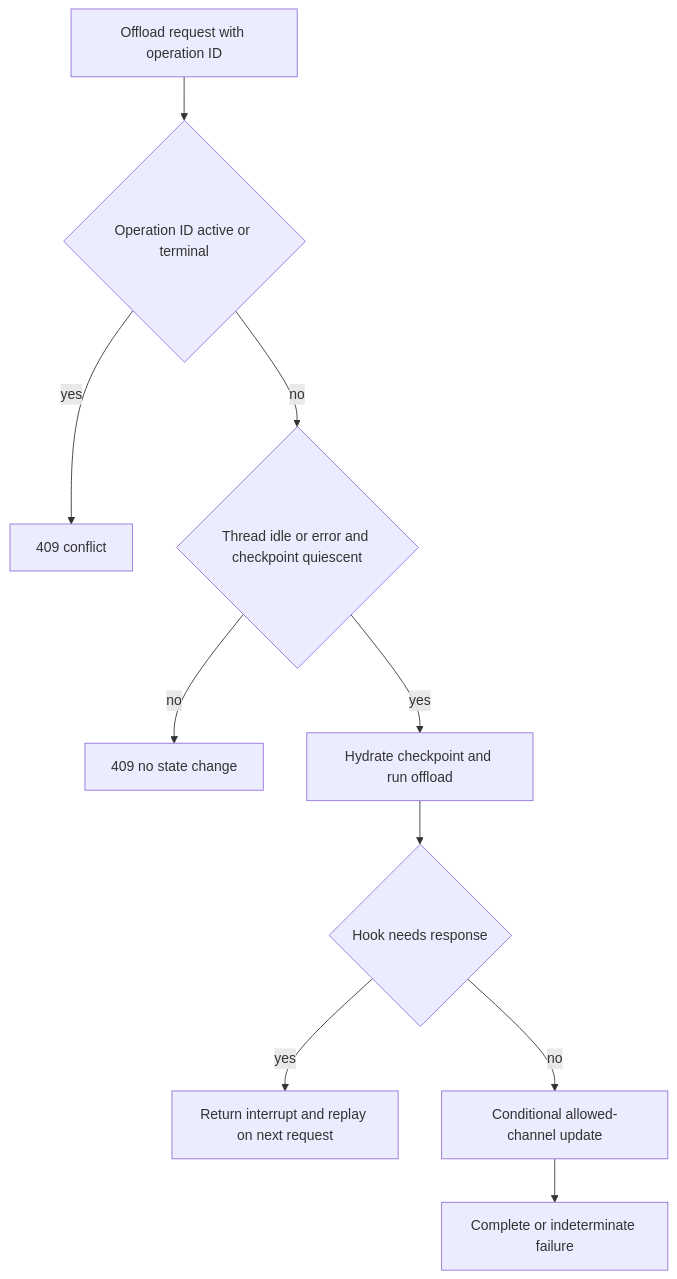
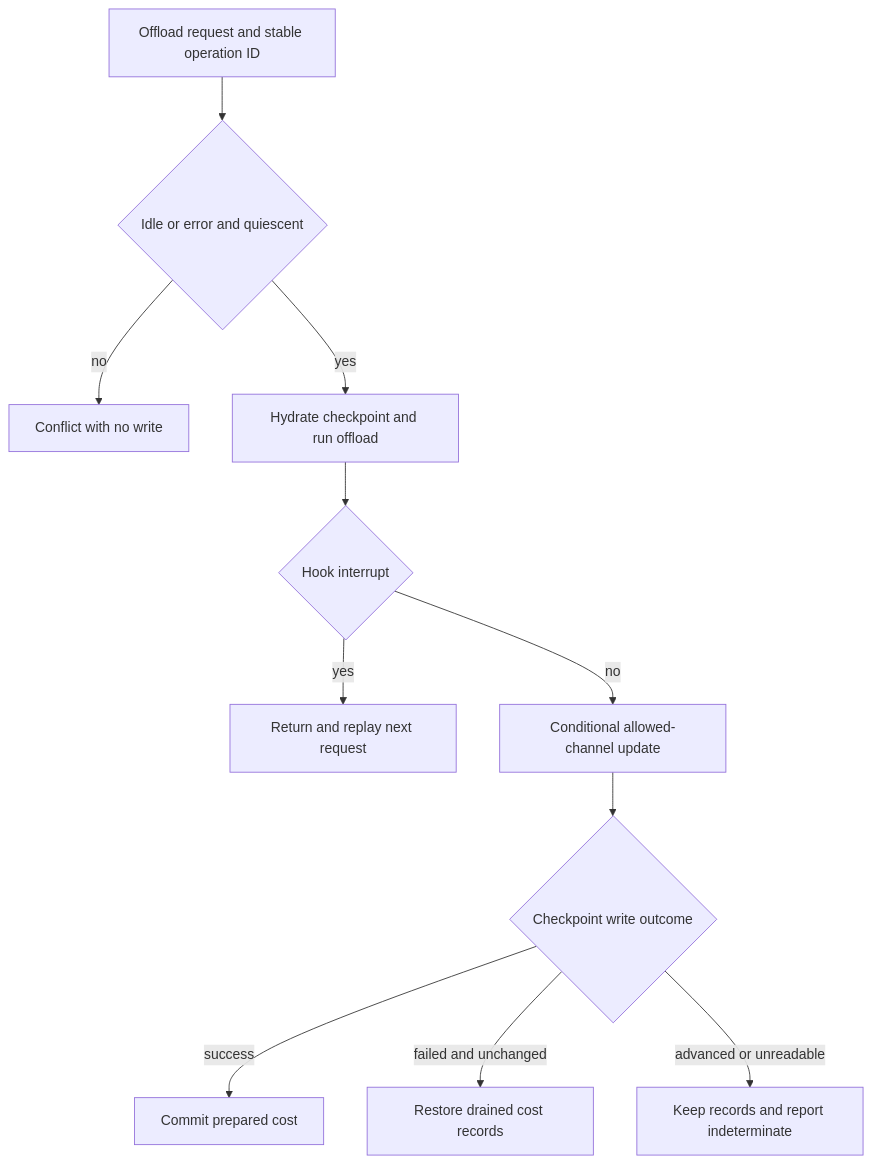
The second of 3 diagrams in openwiki/architecture/runtime-behavior.md (langchain-ai/deepagents), drawn with Mermaid before and after one commit. The commit also changed other lines of this file and 46 other files, not shown here.

````diff
--- a/openwiki/architecture/runtime-behavior.md
+++ b/openwiki/architecture/runtime-behavior.md
@@ -92,12 +95,13 @@
 ```mermaid
 flowchart TD
-    Request["Offload request with operation ID"] --> Register{"Operation ID active or terminal"}
-    Register -- "yes" --> Reject["409 conflict"]
-    Register -- "no" --> Quiescent{"Thread idle or error and checkpoint quiescent"}
-    Quiescent -- "no" --> Conflict["409 no state change"]
-    Quiescent -- "yes" --> Execute["Hydrate checkpoint and run offload"]
-    Execute --> Hook{"Hook needs response"}
-    Hook -- "yes" --> Resume["Return interrupt and replay on next request"]
-    Hook -- "no" --> Commit["Conditional allowed-channel update"]
-    Commit --> Result["Complete or indeterminate failure"]
+    Request["Offload request and stable operation ID"] --> Eligible{"Idle or error and quiescent"}
+    Eligible -- "no" --> Conflict["Conflict with no write"]
+    Eligible -- "yes" --> Run["Hydrate checkpoint and run offload"]
+    Run --> Hook{"Hook interrupt"}
+    Hook -- "yes" --> Replay["Return and replay next request"]
+    Hook -- "no" --> Write["Conditional allowed-channel update"]
+    Write --> Settled{"Checkpoint write outcome"}
+    Settled -- "success" --> Commit["Commit prepared cost"]
+    Settled -- "failed and unchanged" --> Rollback["Restore drained cost records"]
+    Settled -- "advanced or unreadable" --> Indeterminate["Keep records and report indeterminate"]
 ```
````
